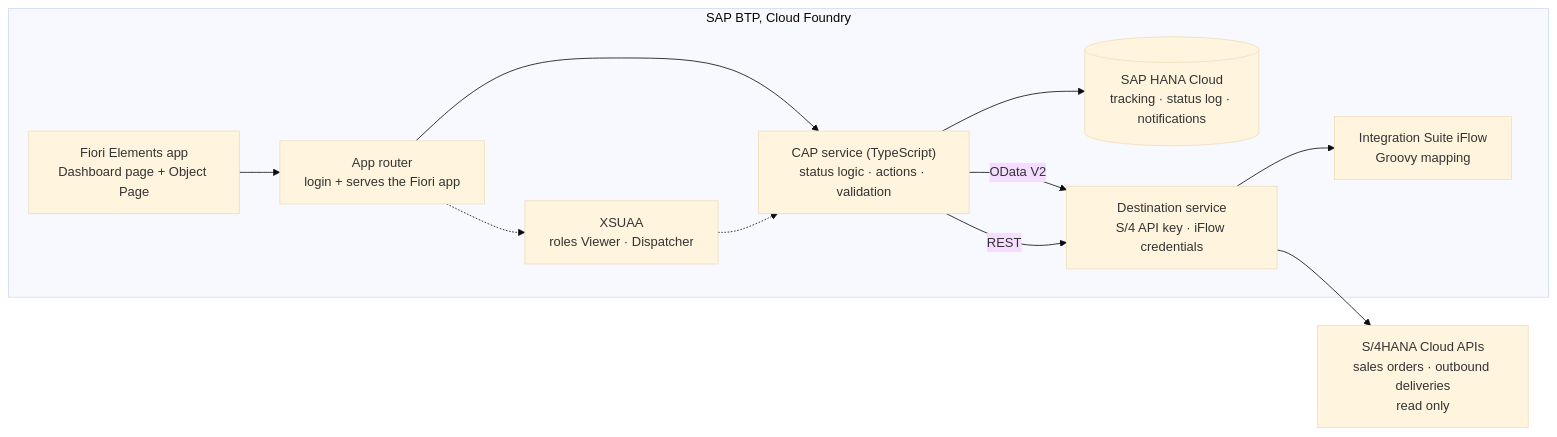
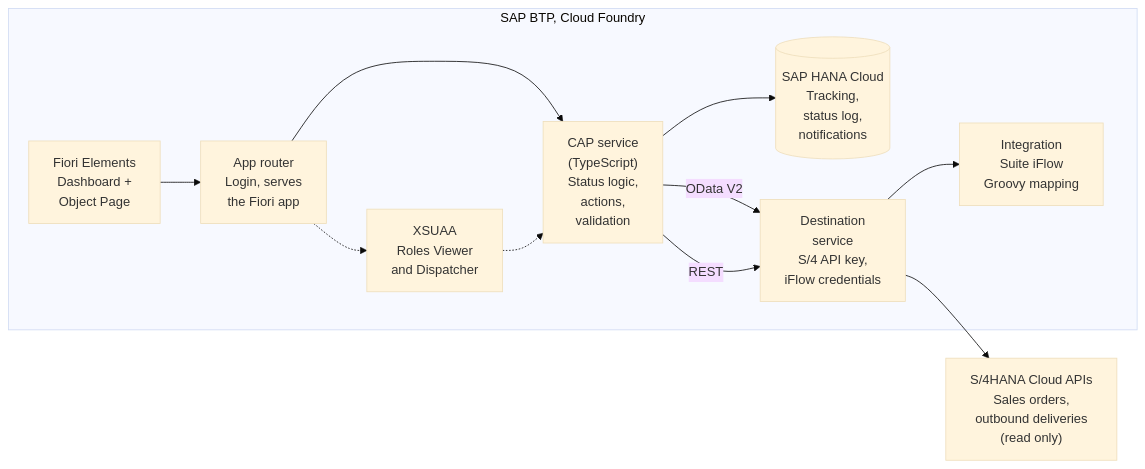
Before and after one commit to nizeyimanaissa-hub/lieferstatus-hub: the diagram in README.en.md, drawn with Mermaid (base theme). The commit also changed 1 other file, not shown here.

````diff
--- a/README.en.md
+++ b/README.en.md
@@ -34,20 +34,20 @@
 ```mermaid
 flowchart LR
   subgraph BTP["SAP BTP, Cloud Foundry"]
-    AR["App router<br/>login + serves the Fiori app"]
-    FE["Fiori Elements app<br/>Dashboard page + Object Page"]
-    SRV["CAP service (TypeScript)<br/>status logic · actions · validation"]
-    DB[("SAP HANA Cloud<br/>tracking · status log · notifications")]
-    XS["XSUAA<br/>roles Viewer · Dispatcher"]
-    DEST["Destination service<br/>S/4 API key · iFlow credentials"]
-    IFLOW["Integration Suite iFlow<br/>Groovy mapping"]
+    AR["App router<br/>Login, serves<br/>the Fiori app"]
+    FE["Fiori Elements<br/>Dashboard +<br/>Object Page"]
+    SRV["CAP service<br/>(TypeScript)<br/>Status logic,<br/>actions,<br/>validation"]
+    DB[("SAP HANA Cloud<br/>Tracking,<br/>status log,<br/>notifications")]
+    XS["XSUAA<br/>Roles Viewer<br/>and Dispatcher"]
+    DEST["Destination<br/>service<br/>S/4 API key,<br/>iFlow credentials"]
+    IFLOW["Integration<br/>Suite iFlow<br/>Groovy mapping"]
   end
-  S4["S/4HANA Cloud APIs<br/>sales orders · outbound deliveries<br/>read only"]
+  S4["S/4HANA Cloud APIs<br/>Sales orders,<br/>outbound deliveries<br/>(read only)"]
 
   FE --> AR --> SRV
   AR -.-> XS
   SRV --> DB
   SRV -- "OData V2" --> DEST --> S4
   SRV -- "REST" --> DEST --> IFLOW
   XS -.-> SRV
 ```
````
